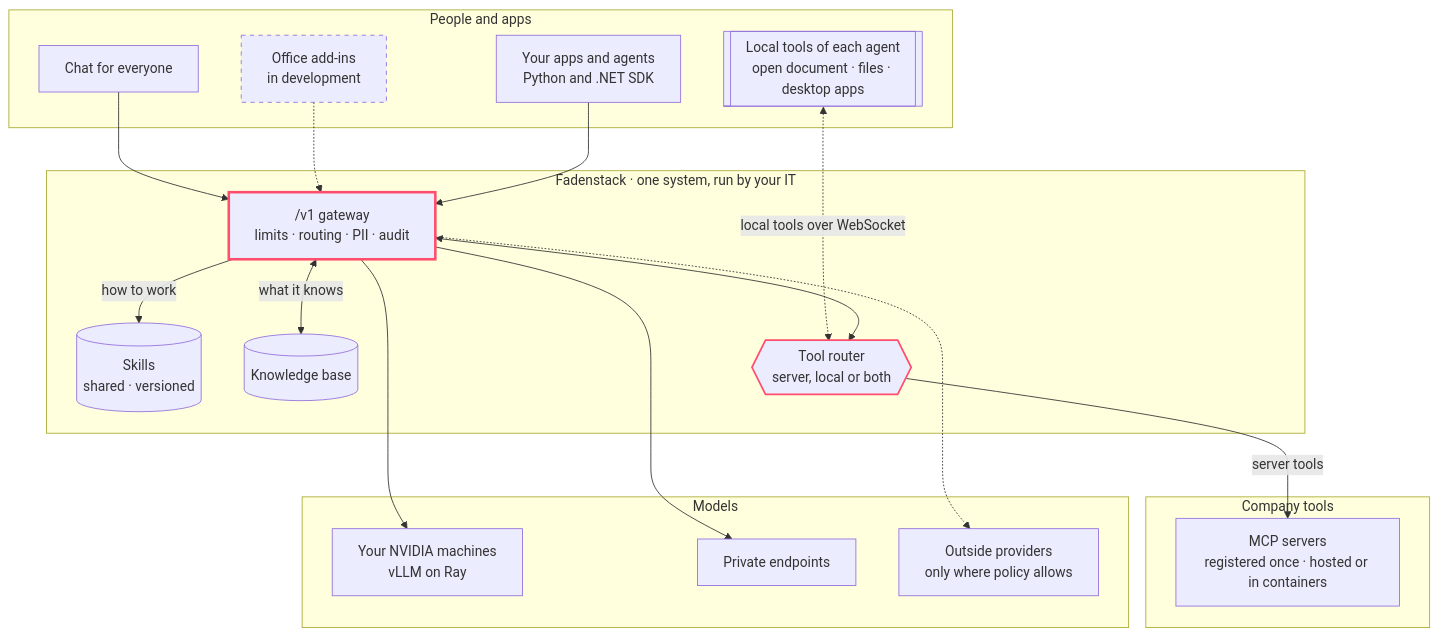
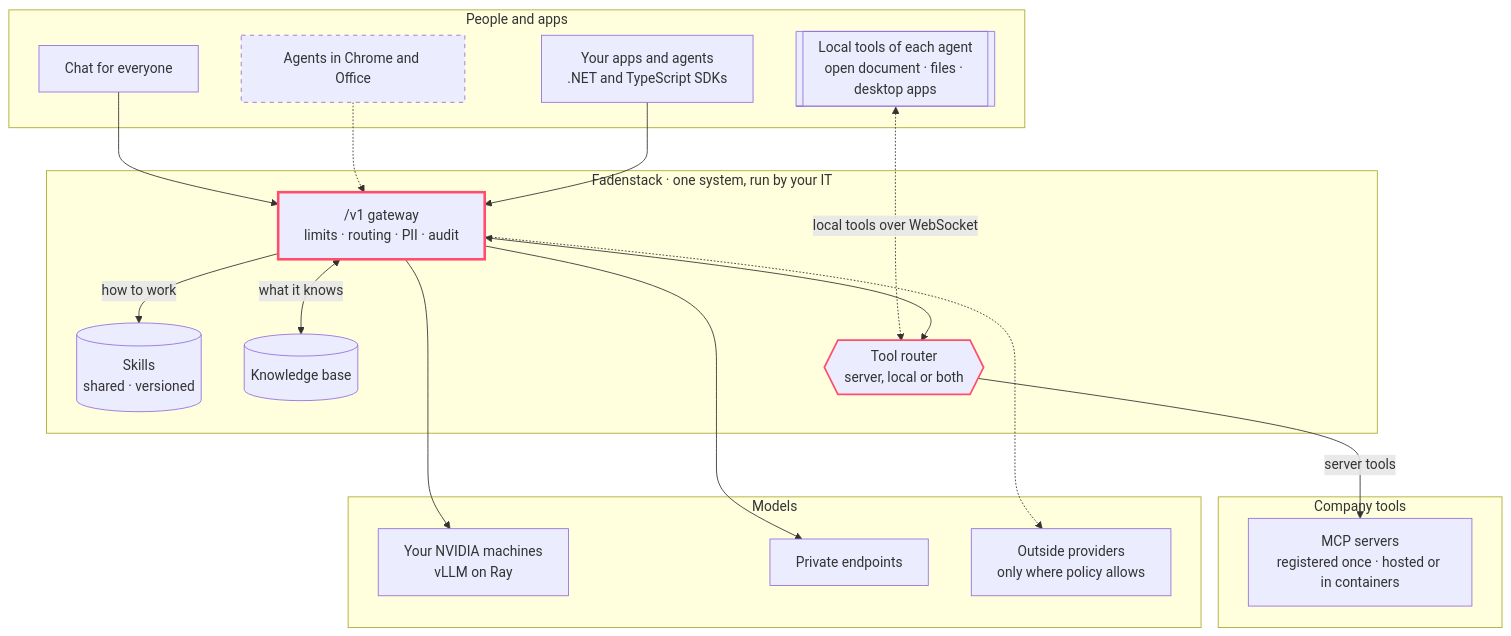
Before and after one commit to fadenstack/.github: the diagram in profile/README.md, drawn with Mermaid. The commit also changed other lines of this file, not shown here.

Commit message:
Profile: .NET and TypeScript SDKs (no Python SDK yet), the agents as free products, Enterprise as planned, PII by policy

````diff
--- a/profile/README.md
+++ b/profile/README.md
@@ -114,40 +114,40 @@
 ```mermaid
 flowchart TB
   subgraph people ["People and apps"]
     chat[Chat for everyone]
-    office["Office add-ins<br/>in development"]
-    sdk["Your apps and agents<br/>Python and .NET SDK"]
+    office["Agents in Chrome and Office"]
+    sdk["Your apps and agents<br/>.NET and TypeScript SDKs"]
     local[["Local tools of each agent<br/>open document · files · desktop apps"]]
   end
   subgraph fs ["Fadenstack · one system, run by your IT"]
     gw["/v1 gateway<br/>limits · routing · PII · audit"]
     skills[("Skills<br/>shared · versioned")]
     kb[("Knowledge base")]
     router{{"Tool router<br/>server, local or both"}}
   end
   subgraph tools ["Company tools"]
     mcp["MCP servers<br/>registered once · hosted or in containers"]
   end
   subgraph models ["Models"]
     gpu["Your NVIDIA machines<br/>vLLM on Ray"]
     priv[Private endpoints]
     ext["Outside providers<br/>only where policy allows"]
   end
   chat --> gw
   office -.-> gw
   sdk --> gw
   local <-.->|"local tools over WebSocket"| router
   gw -->|"how to work"| skills
   gw <-->|"what it knows"| kb
   gw <--> router
   router -->|"server tools"| mcp
   gw --> gpu
   gw --> priv
   gw -.-> ext
   router ~~~ gpu
   router ~~~ priv
   router ~~~ ext
   style gw stroke:#FF4D6D,stroke-width:3px
   style router stroke:#FF4D6D,stroke-width:2px
   style office stroke-dasharray: 5 5
 ```
````
